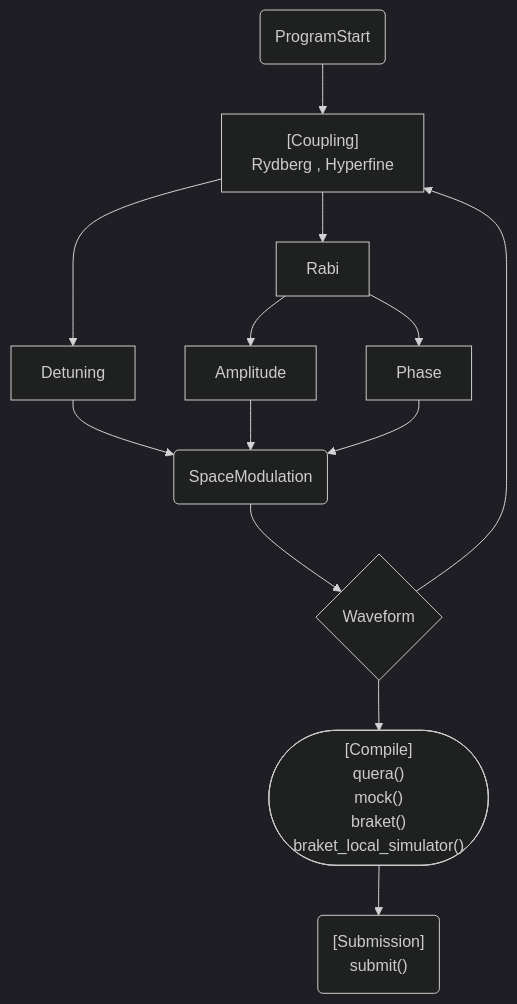
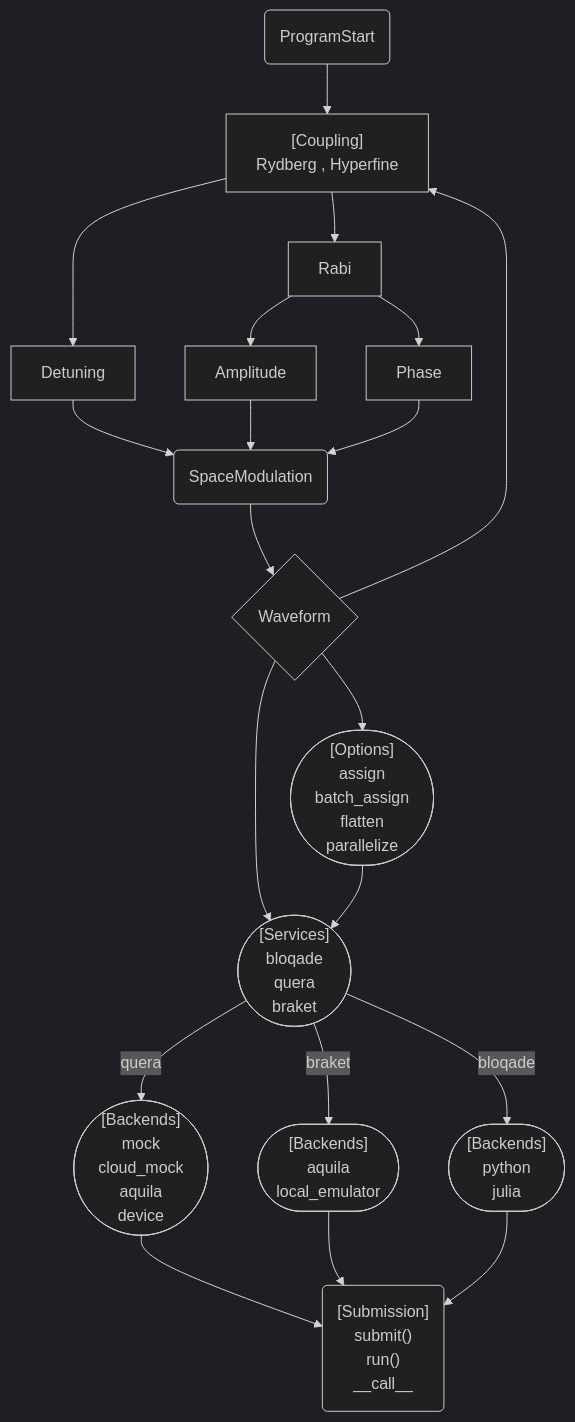
One commit to QuEraComputing/bloqade-python changed the diagram in docs/docs/tree/builder.md. Above: the diagram before and after it, drawn with Mermaid (dark theme). The commit also changed other lines of this file and 10 other files, not shown here.

````diff
--- a/docs/docs/tree/builder.md
+++ b/docs/docs/tree/builder.md
@@ -4,43 +4,76 @@
 ``` mermaid
 graph TD
 
   ProgramStart(ProgramStart)
 
   Coupling["[Coupling]
   Rydberg , Hyperfine"]
 
   Detuning[Detuning]
   Rabi[Rabi]
 
   Amplitude[Amplitude]
   Phase[Phase]
 
   SpaceModulation(SpaceModulation)
   Waveform{Waveform}
 
-  Codegen(["[Compile]
-  quera()
-  mock()
-  braket()
-  braket_local_simulator()"])
+  Options(["[Options]
+  assign
+  batch_assign
+  flatten
+  parallelize
+  "])
+
+  Services(["[Services]
+  bloqade
+  quera
+  braket"])
+
+  QuEraBackends(["[Backends]
+  mock
+  cloud_mock
+  aquila
+  device
+  "])
+
+  BraketBackends(["[Backends]
+  aquila
+  local_emulator
+  "])
+
+  BloqadeBackends(["[Backends]
+  python
+  julia
+  "])
 
   Submit("[Submission]
-  submit()")
+  submit()
+  run()
+  __call__")
 
   ProgramStart --> Coupling;
   Coupling --> Detuning;
   Coupling --> Rabi;
 
   Rabi --> Amplitude;
   Rabi --> Phase;
 
   Detuning --> SpaceModulation;
   Amplitude --> SpaceModulation;
   Phase --> SpaceModulation;
 
   SpaceModulation --> Waveform;
 
   Waveform --> Coupling;
-  Waveform --> Codegen;
-  Codegen --> Submit;
+  Waveform --> Services;
+  Waveform --> Options;
+  Options --> Services;
+
+  Services -->|quera| QuEraBackends;
+  Services -->|braket| BraketBackends;
+  Services -->|bloqade| BloqadeBackends;
+  QuEraBackends --> Submit;
+  BraketBackends --> Submit;
+  BloqadeBackends --> Submit;
 ```
````
